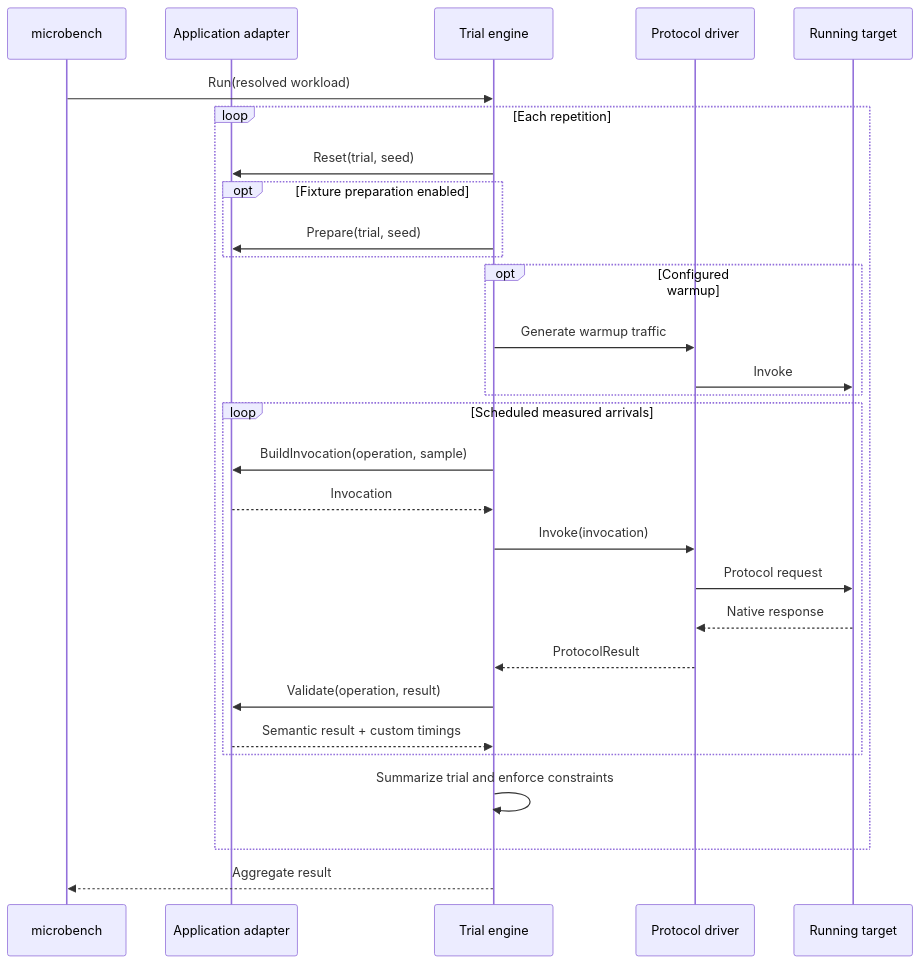
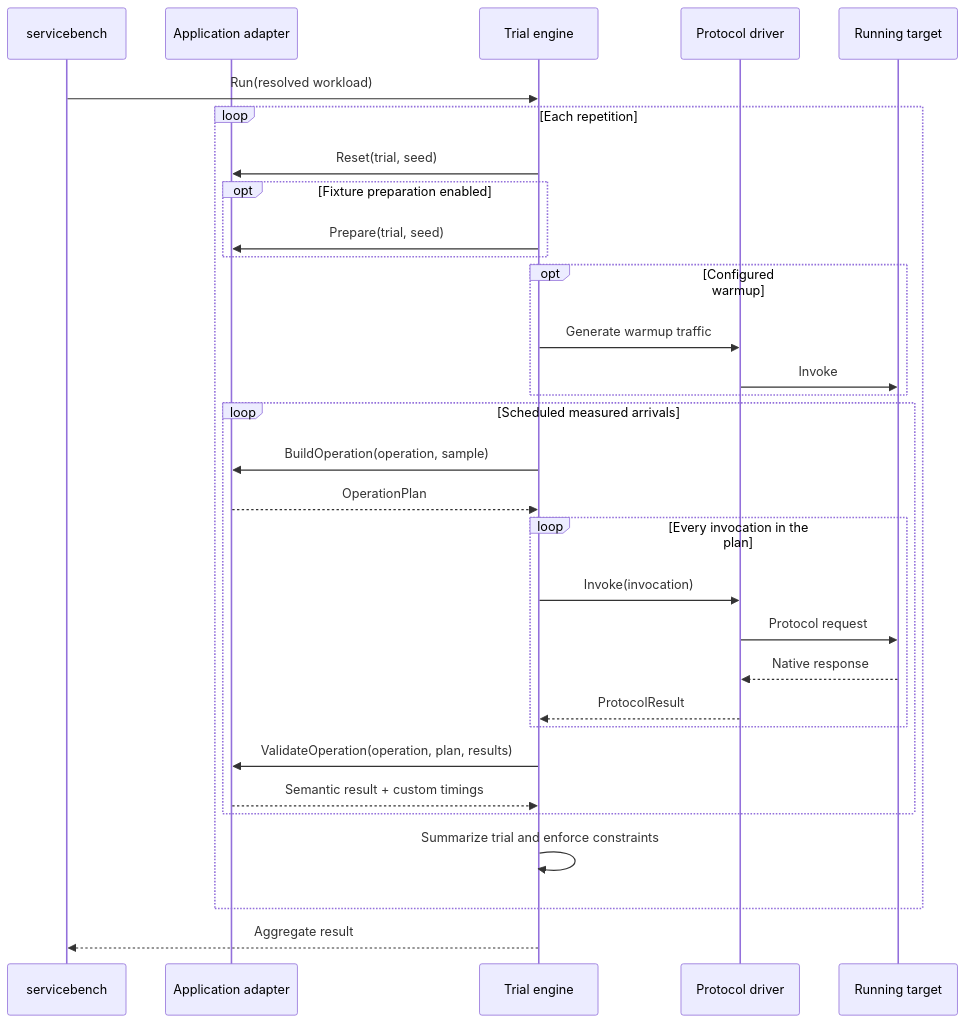
Before and after one commit to uw-syfi/vibesys: the second of 3 diagrams in examples/evaluators/microservice/README.md, drawn with Mermaid. The commit also changed other lines of this file and 37 other files, not shown here.

````diff
--- a/examples/evaluators/microservice/README.md
+++ b/examples/evaluators/microservice/README.md
@@ -55,32 +55,34 @@
 ```mermaid
 sequenceDiagram
-    participant CLI as microbench
+    participant CLI as servicebench
     participant App as Application adapter
     participant Engine as Trial engine
     participant Driver as Protocol driver
     participant Target as Running target
 
     CLI->>Engine: Run(resolved workload)
     loop Each repetition
         Engine->>App: Reset(trial, seed)
         opt Fixture preparation enabled
             Engine->>App: Prepare(trial, seed)
         end
         opt Configured warmup
             Engine->>Driver: Generate warmup traffic
             Driver->>Target: Invoke
         end
         loop Scheduled measured arrivals
-            Engine->>App: BuildInvocation(operation, sample)
-            App-->>Engine: Invocation
-            Engine->>Driver: Invoke(invocation)
-            Driver->>Target: Protocol request
-            Target-->>Driver: Native response
-            Driver-->>Engine: ProtocolResult
-            Engine->>App: Validate(operation, result)
+            Engine->>App: BuildOperation(operation, sample)
+            App-->>Engine: OperationPlan
+            loop Every invocation in the plan
+                Engine->>Driver: Invoke(invocation)
+                Driver->>Target: Protocol request
+                Target-->>Driver: Native response
+                Driver-->>Engine: ProtocolResult
+            end
+            Engine->>App: ValidateOperation(operation, plan, results)
             App-->>Engine: Semantic result + custom timings
         end
         Engine->>Engine: Summarize trial and enforce constraints
     end
     Engine-->>CLI: Aggregate result
 ```
````
